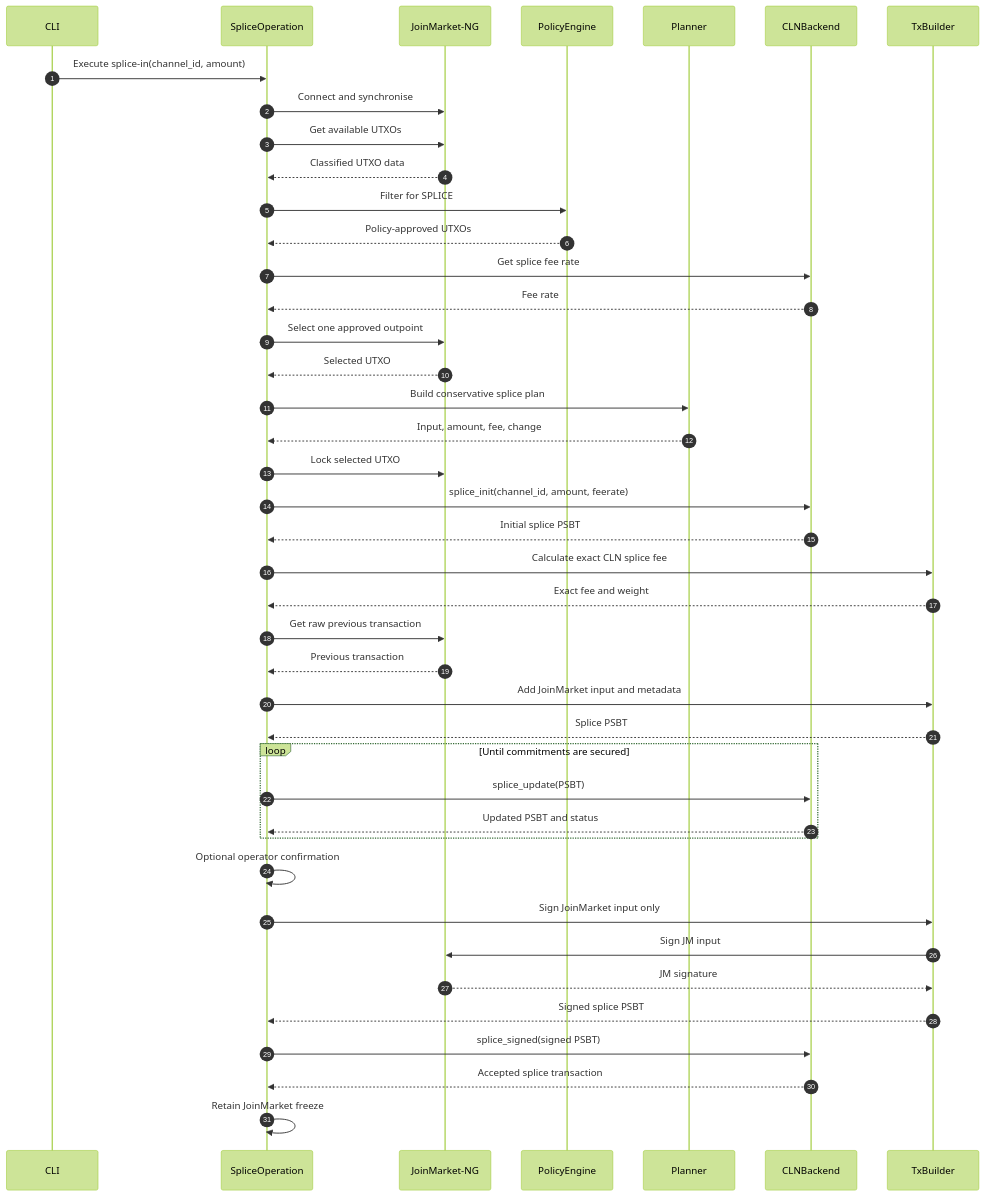
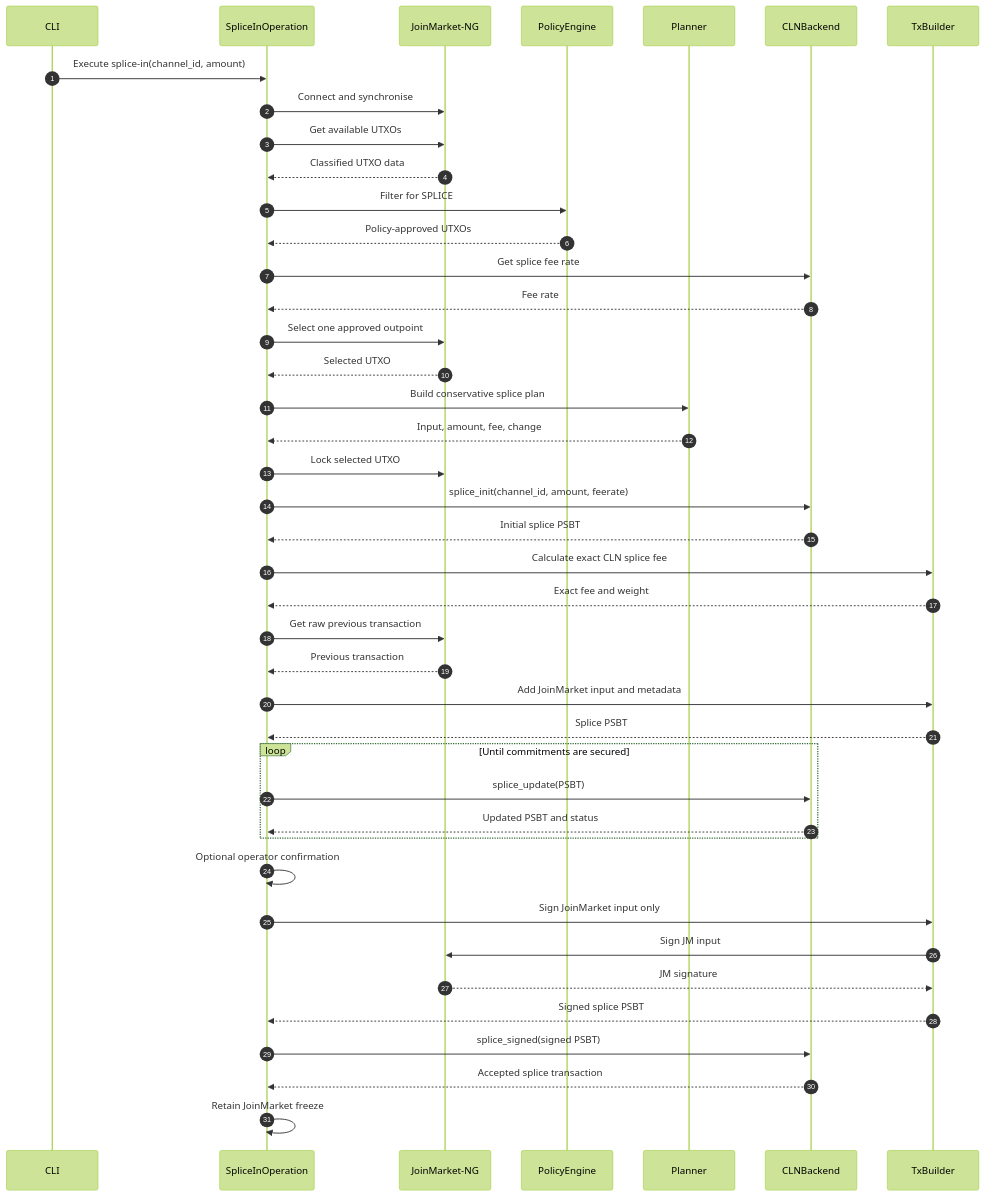
Before and after one commit to aido/jmlightning: the fourth of 5 diagrams in README.md, drawn with Mermaid (forest theme). The commit also changed other lines of this file and 10 other files, not shown here.

Commit message:
Add splice-out operation

````diff
--- a/README.md
+++ b/README.md
@@ -649,45 +649,45 @@
 ```mermaid
 sequenceDiagram
     autonumber
     participant CLI
-    participant OP as SpliceOperation
+    participant OP as SpliceInOperation
     participant JM as JoinMarket-NG
     participant P as PolicyEngine
     participant PL as Planner
     participant CLN as CLNBackend
     participant TX as TxBuilder
 
     CLI->>OP: Execute splice-in(channel_id, amount)
     OP->>JM: Connect and synchronise
     OP->>JM: Get available UTXOs
     JM-->>OP: Classified UTXO data
     OP->>P: Filter for SPLICE
     P-->>OP: Policy-approved UTXOs
     OP->>CLN: Get splice fee rate
     CLN-->>OP: Fee rate
     OP->>JM: Select one approved outpoint
     JM-->>OP: Selected UTXO
     OP->>PL: Build conservative splice plan
     PL-->>OP: Input, amount, fee, change
     OP->>JM: Lock selected UTXO
     OP->>CLN: splice_init(channel_id, amount, feerate)
     CLN-->>OP: Initial splice PSBT
     OP->>TX: Calculate exact CLN splice fee
     TX-->>OP: Exact fee and weight
     OP->>JM: Get raw previous transaction
     JM-->>OP: Previous transaction
     OP->>TX: Add JoinMarket input and metadata
     TX-->>OP: Splice PSBT
     loop Until commitments are secured
         OP->>CLN: splice_update(PSBT)
         CLN-->>OP: Updated PSBT and status
     end
     OP->>OP: Optional operator confirmation
     OP->>TX: Sign JoinMarket input only
     TX->>JM: Sign JM input
     JM-->>TX: JM signature
     TX-->>OP: Signed splice PSBT
     OP->>CLN: splice_signed(signed PSBT)
     CLN-->>OP: Accepted splice transaction
     OP->>OP: Retain JoinMarket freeze
 ```
````
